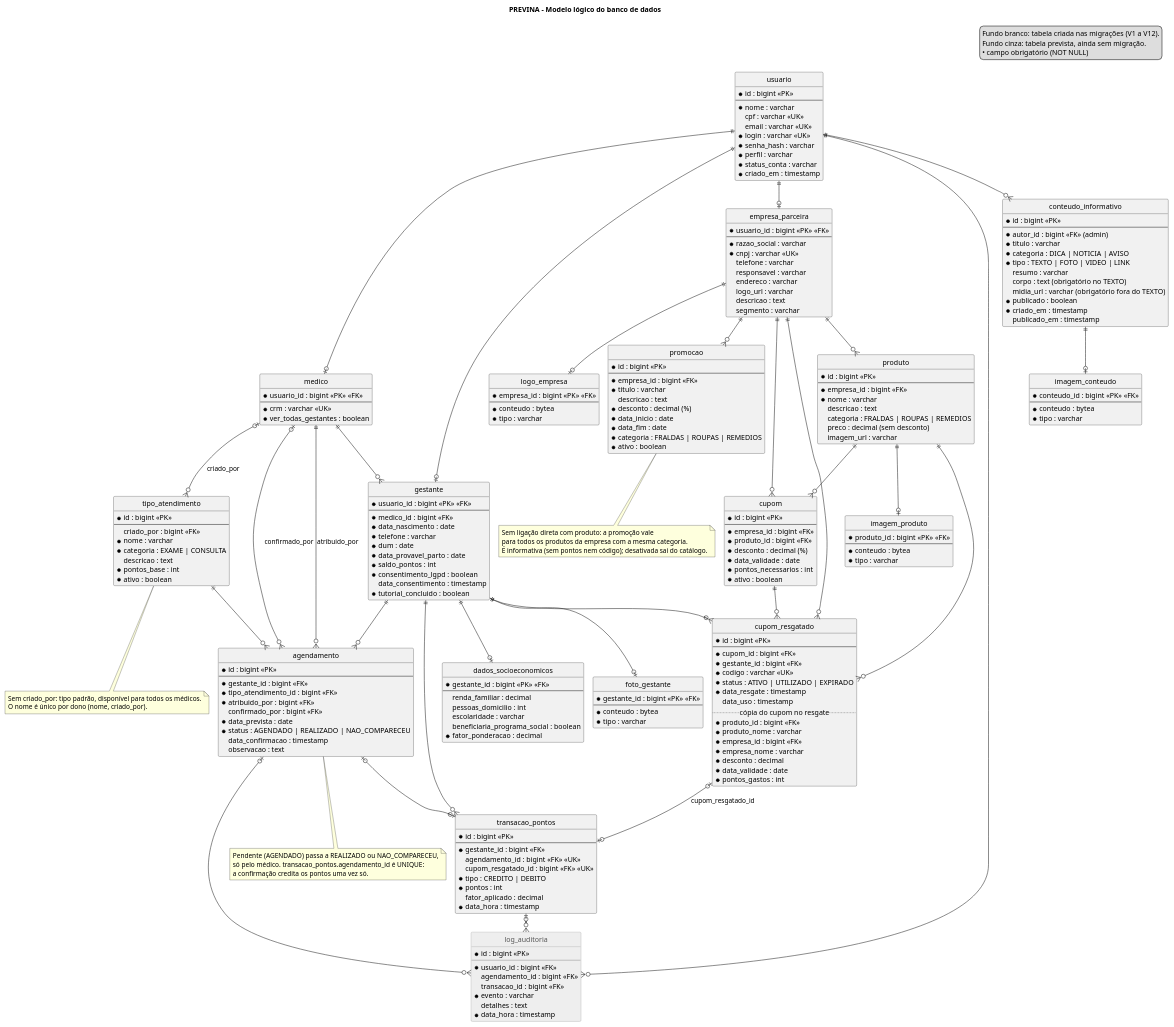
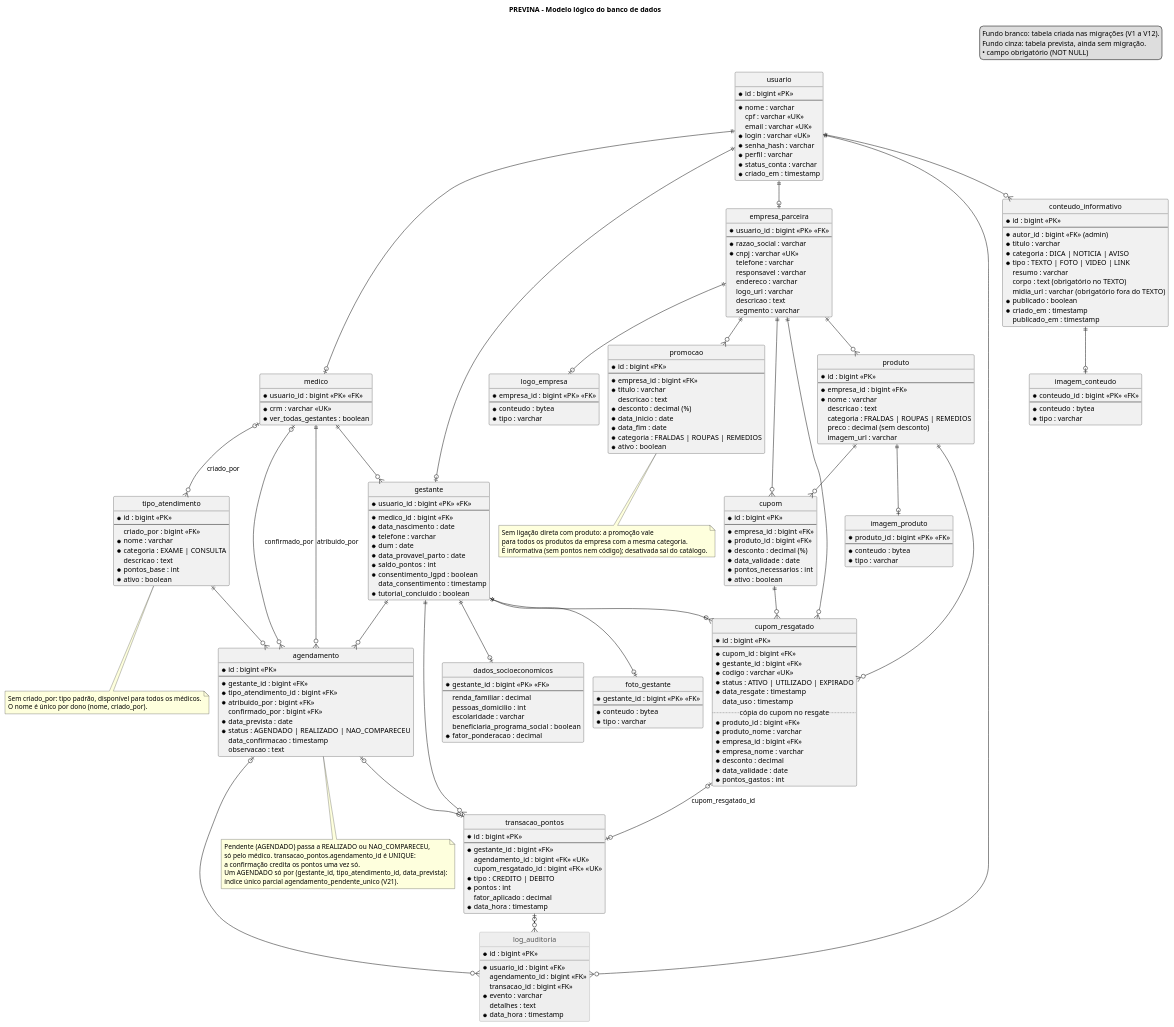
The diagram in docs/domain/dominio/dominio.puml (CozyShelf/previna-backend), drawn with PlantUML before and after one commit. The commit also changed 3 other files, not shown here.

Commit message:
docs: agendamento pendente único e o 409 do cadastro repetido

```diff
--- a/docs/domain/dominio/dominio.puml
+++ b/docs/domain/dominio/dominio.puml
@@ -260,6 +260,8 @@
   Pendente (AGENDADO) passa a REALIZADO ou NAO_COMPARECEU,
   só pelo médico. transacao_pontos.agendamento_id é UNIQUE:
   a confirmação credita os pontos uma vez só.
+  Um AGENDADO só por (gestante_id, tipo_atendimento_id, data_prevista):
+  índice único parcial agendamento_pendente_unico (V21).
 end note
 
 note bottom of promocao
```
